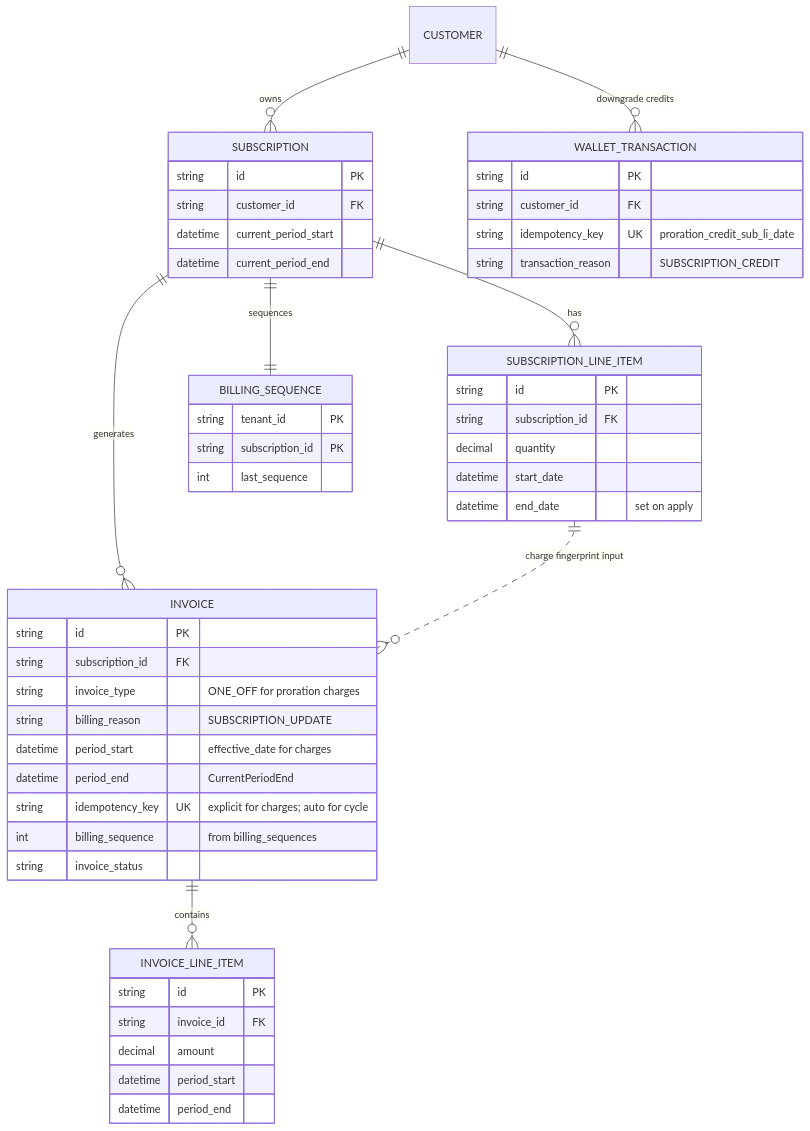
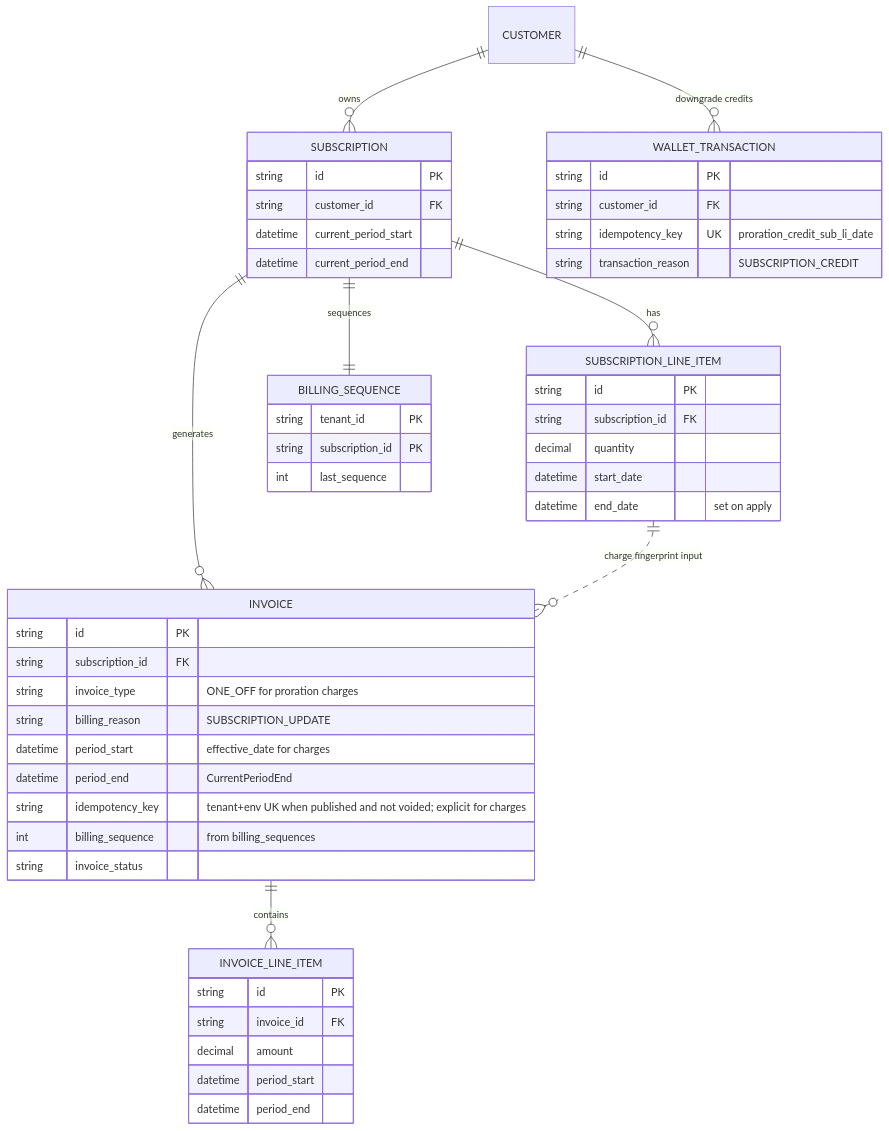
Before and after one commit to flexprice/flexprice: the first of 2 diagrams in docs/design/2026-07-22-proration-charge-invoice-idempotency.md, drawn with Mermaid. The commit also changed 2 other files, not shown here.

Commit message:
code rabbit comments

````diff
--- a/docs/design/2026-07-22-proration-charge-invoice-idempotency.md
+++ b/docs/design/2026-07-22-proration-charge-invoice-idempotency.md
@@ -69,58 +69,58 @@
 ```mermaid
 erDiagram
     CUSTOMER ||--o{ SUBSCRIPTION : owns
     SUBSCRIPTION ||--o{ SUBSCRIPTION_LINE_ITEM : has
     SUBSCRIPTION ||--o{ INVOICE : generates
     SUBSCRIPTION ||--|| BILLING_SEQUENCE : sequences
     INVOICE ||--o{ INVOICE_LINE_ITEM : contains
     SUBSCRIPTION_LINE_ITEM ||..o{ INVOICE : "charge fingerprint input"
     CUSTOMER ||--o{ WALLET_TRANSACTION : "downgrade credits"
 
     SUBSCRIPTION {
         string id PK
         string customer_id FK
         datetime current_period_start
         datetime current_period_end
     }
 
     SUBSCRIPTION_LINE_ITEM {
         string id PK
         string subscription_id FK
         decimal quantity
         datetime start_date
         datetime end_date "set on apply"
     }
 
     INVOICE {
         string id PK
         string subscription_id FK
         string invoice_type "ONE_OFF for proration charges"
         string billing_reason "SUBSCRIPTION_UPDATE"
         datetime period_start "effective_date for charges"
         datetime period_end "CurrentPeriodEnd"
-        string idempotency_key UK "explicit for charges; auto for cycle"
+        string idempotency_key "tenant+env UK when published and not voided; explicit for charges"
         int billing_sequence "from billing_sequences"
         string invoice_status
     }
 
     INVOICE_LINE_ITEM {
         string id PK
         string invoice_id FK
         decimal amount
         datetime period_start
         datetime period_end
     }
 
     BILLING_SEQUENCE {
         string tenant_id PK
         string subscription_id PK
         int last_sequence
     }
 
     WALLET_TRANSACTION {
         string id PK
         string customer_id FK
         string idempotency_key UK "proration_credit_sub_li_date"
         string transaction_reason "SUBSCRIPTION_CREDIT"
     }
 ```
````
